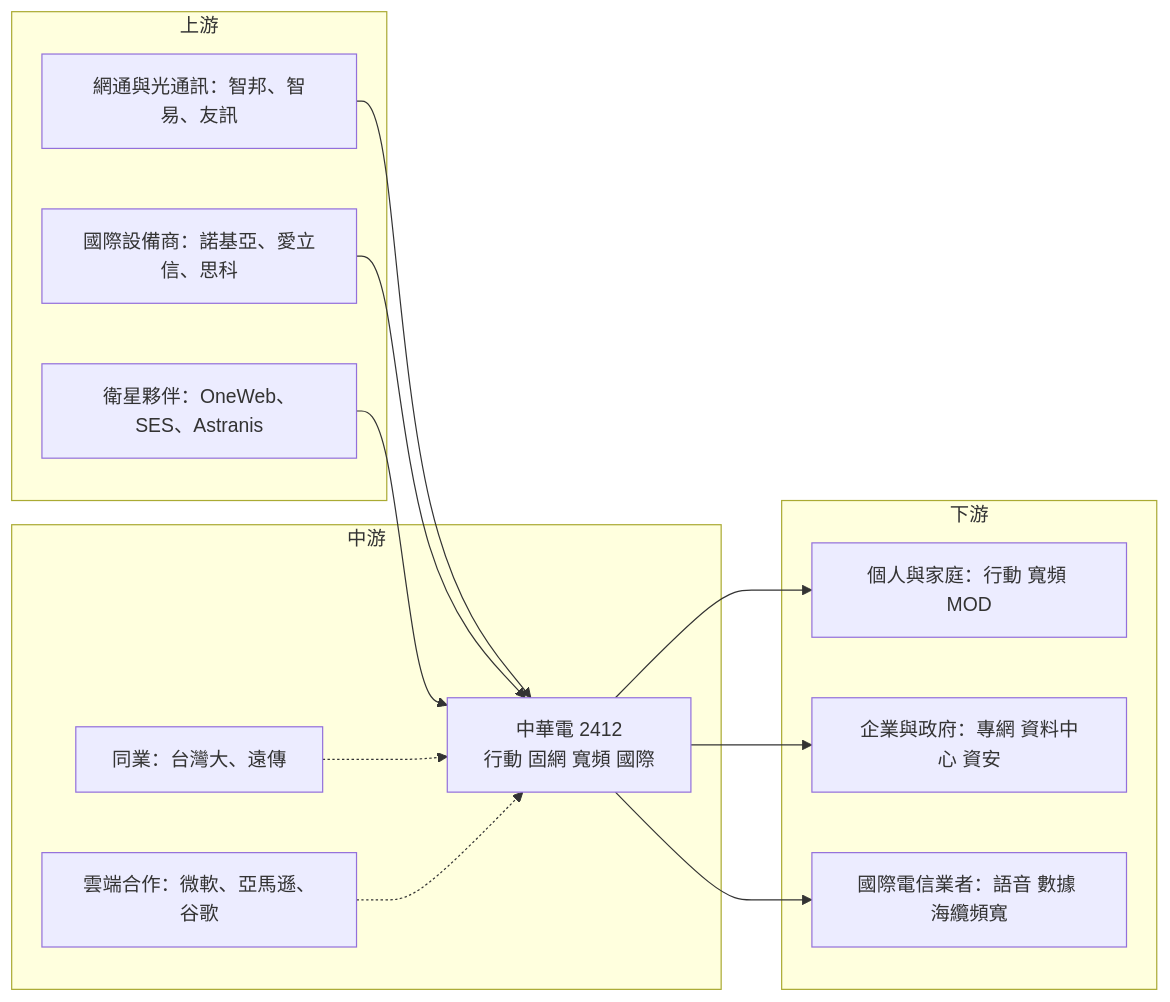
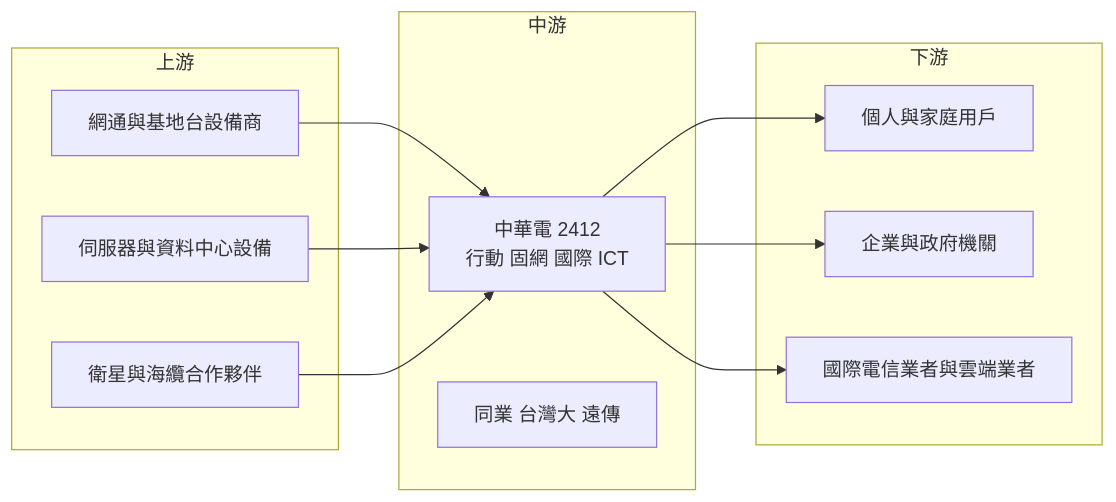
One commit to wangnick1004/taiwan-stock-vault changed the fourth of 4 diagrams in 個股/台股/2412中華電.md. Above: the diagram before and after it, drawn with Mermaid. The commit also changed other lines of this file and 12 other files, not shown here.

````diff
--- a/個股/台股/2412中華電.md
+++ b/個股/台股/2412中華電.md
@@ -222,26 +225,23 @@
 ```mermaid
 flowchart LR
     subgraph 上游
-        A1[網通與光通訊：智邦、智易、友訊]
-        A2[國際設備商：諾基亞、愛立信、思科]
-        A3[衛星夥伴：OneWeb、SES、Astranis]
+        A1[網通與基地台設備商]
+        A2[伺服器與資料中心設備]
+        A3[衛星與海纜合作夥伴]
     end
     subgraph 中游
-        B[中華電 2412<br/>行動 固網 寬頻 國際]
-        B2[同業：台灣大、遠傳]
-        B3[雲端合作：微軟、亞馬遜、谷歌]
+        B[中華電 2412<br/>行動 固網 國際 ICT]
+        B2[同業 台灣大 遠傳]
     end
     subgraph 下游
-        C1[個人與家庭：行動 寬頻 MOD]
-        C2[企業與政府：專網 資料中心 資安]
-        C3[國際電信業者：語音 數據 海纜頻寬]
+        C1[個人與家庭用戶]
+        C2[企業與政府機關]
+        C3[國際電信業者與雲端業者]
     end
     A1 --> B
     A2 --> B
     A3 --> B
-    B2 -.-> B
-    B3 -.-> B
     B --> C1
     B --> C2
     B --> C3
 ```
````
